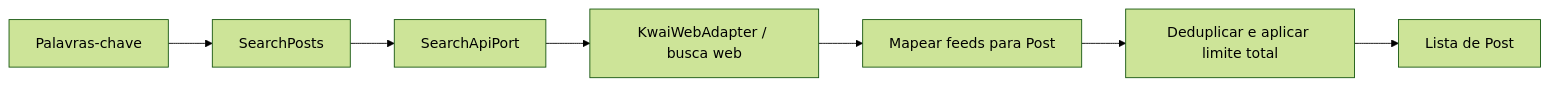
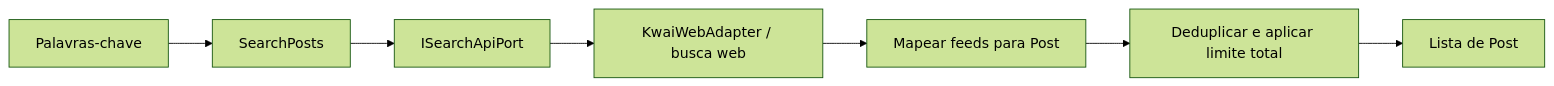
One commit to IMNascimento/VoxRadar_technical_challenges changed the third of 5 diagrams in docs/internals/architecture.md. Above: the diagram before and after it, drawn with Mermaid (forest theme). The commit also changed other lines of this file and 30 other files, not shown here.

````diff
--- a/docs/internals/architecture.md
+++ b/docs/internals/architecture.md
@@ -157,9 +186,9 @@
 ```mermaid
 flowchart LR
     Input[Palavras-chave] --> Search[SearchPosts]
-    Search --> Port[SearchApiPort]
+    Search --> Port[ISearchApiPort]
     Port --> Web[KwaiWebAdapter / busca web]
     Web --> Mapping[Mapear feeds para Post]
     Mapping --> Dedup[Deduplicar e aplicar limite total]
     Dedup --> Output[Lista de Post]
 ```
````
